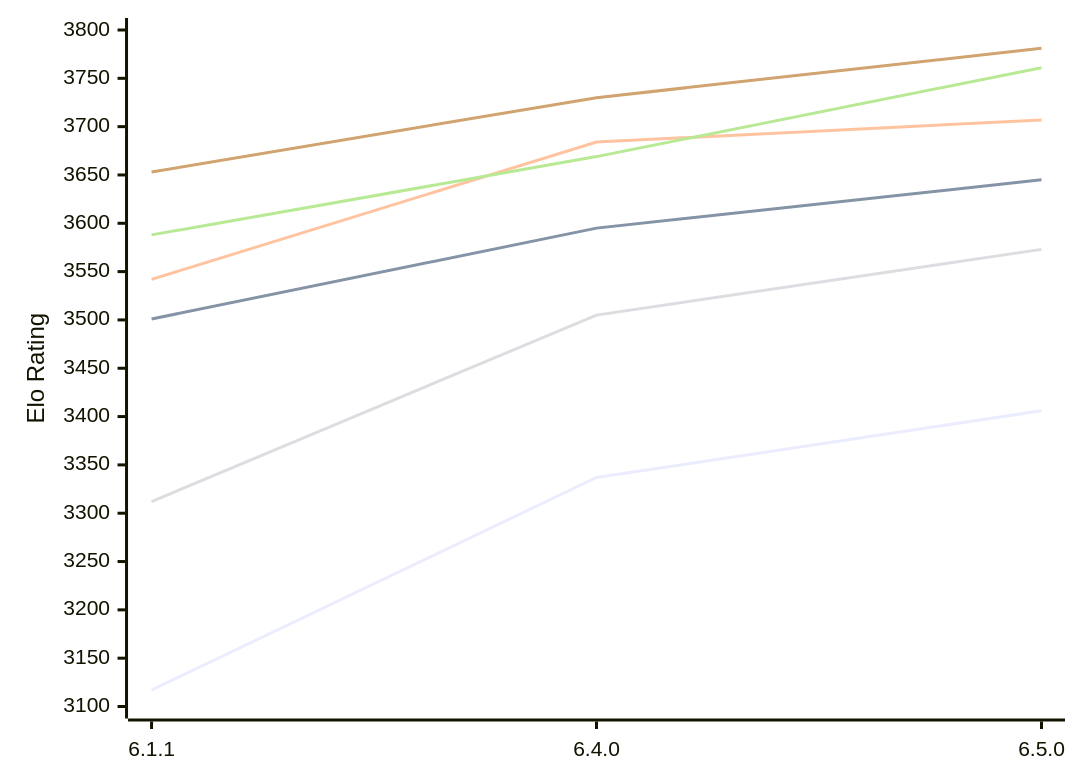
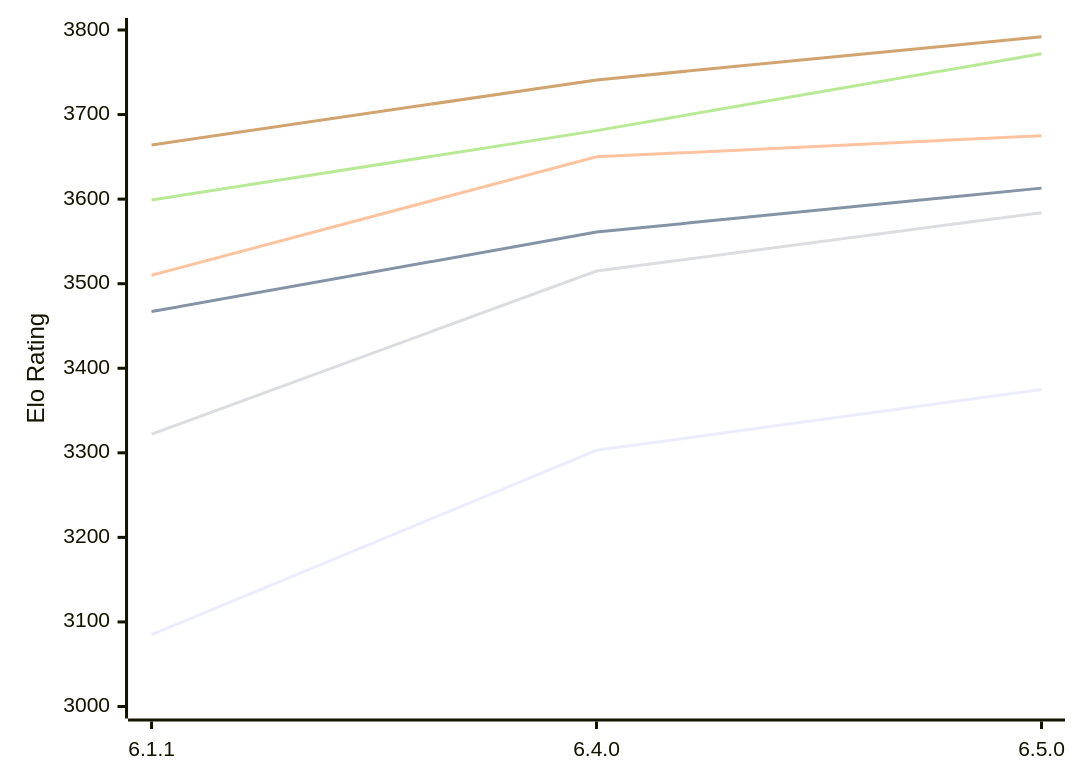
One commit to computer-chess-index/cci changed the first of 2 diagrams in engines/Zigqueen.md. Above: the diagram before and after it, drawn with Mermaid. The commit also changed other lines of this file, not shown here.

Commit message:
Update CCI Ratings (ELO VLTC) - 2026-11-12

````diff
--- a/engines/Zigqueen.md
+++ b/engines/Zigqueen.md
@@ -55,12 +55,12 @@
 ```mermaid
 %%{init: {"theme":"base","themeVariables":{"seriesColors:['#a3a3a3','#222221','#faa371']}}}%%
 xychart-beta
   x-axis ["6.1.1", "6.4.0", "6.5.0"]
-  y-axis "Elo Rating" 3100 --> 3800
-  line "E1: STC (8.0+0.08s)" [3117, 3337, 3406]
-  line "E1: LTC (60.0+0.60s)" [3501, 3595, 3645]
-  line "E1: VLTC (2m24s+1.12s)" [3542, 3684, 3707]
-  line "P1: STC (8.0+0.08s)" [3312, 3505, 3573]
-  line "P1: LTC (60.0+0.60s)" [3588, 3669, 3761]
-  line "P1: VLTC (2m24s+1.12s)" [3653, 3730, 3781]
+  y-axis "Elo Rating" 3000 --> 3800
+  line "E1: STC (8.0+0.08s)" [3085, 3303, 3375]
+  line "E1: LTC (60.0+0.60s)" [3467, 3561, 3613]
+  line "E1: VLTC (2m24s+1.12s)" [3510, 3650, 3675]
+  line "P1: STC (8.0+0.08s)" [3322, 3515, 3584]
+  line "P1: LTC (60.0+0.60s)" [3599, 3681, 3772]
+  line "P1: VLTC (2m24s+1.12s)" [3664, 3741, 3792]
 ```
````
